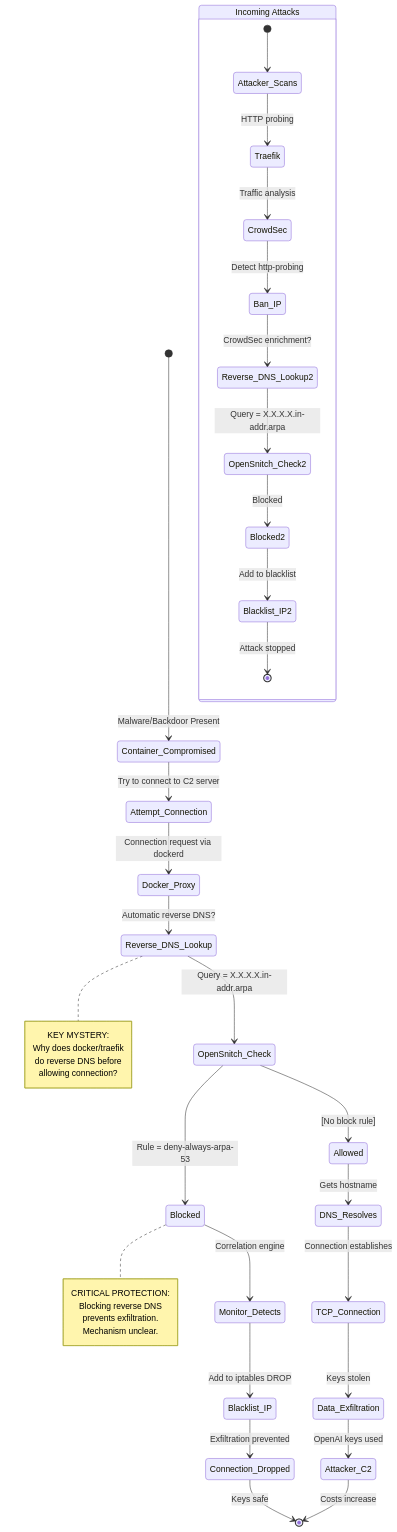
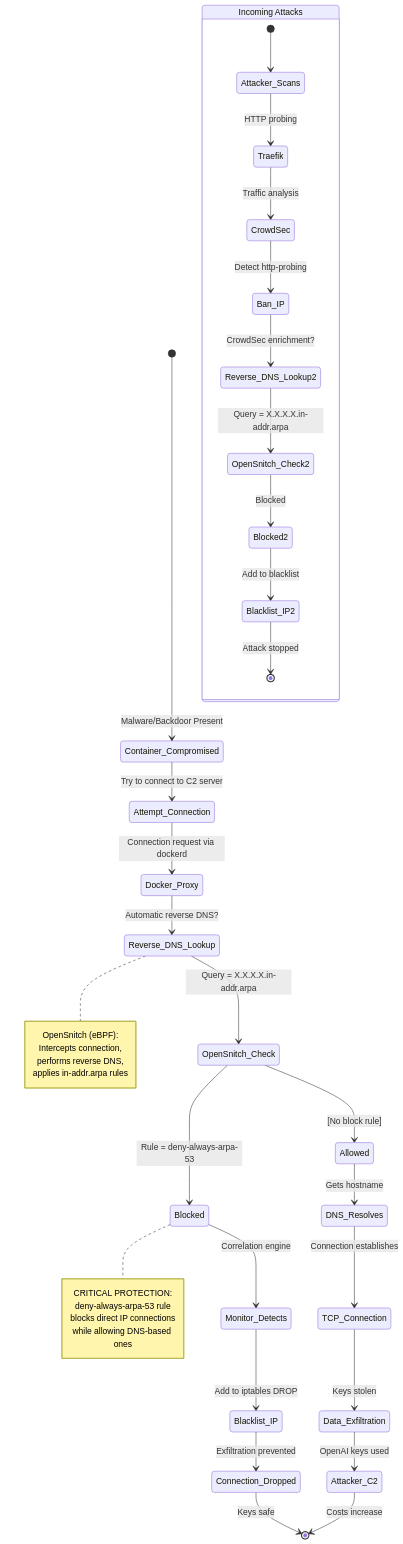
The diagram in docs/security.md (Morriz/itsUP), drawn with Mermaid before and after one commit. The commit also changed other lines of this file and 4 other files, not shown here.

````diff
--- a/docs/security.md
+++ b/docs/security.md
@@ -203,52 +204,52 @@
 ```mermaid
 stateDiagram-v2
     [*] --> Container_Compromised: Malware/Backdoor Present
 
     Container_Compromised --> Attempt_Connection: Try to connect to C2 server
 
     Attempt_Connection --> Docker_Proxy: Connection request via dockerd
 
     Docker_Proxy --> Reverse_DNS_Lookup: Automatic reverse DNS?
 
     Reverse_DNS_Lookup --> OpenSnitch_Check: Query = X.X.X.X.in-addr.arpa
 
     OpenSnitch_Check --> Blocked: Rule = deny-always-arpa-53
     OpenSnitch_Check --> Allowed: [No block rule]
 
     Blocked --> Monitor_Detects: Correlation engine
     Monitor_Detects --> Blacklist_IP: Add to iptables DROP
     Blacklist_IP --> Connection_Dropped: Exfiltration prevented
     Connection_Dropped --> [*]: Keys safe
 
     Allowed --> DNS_Resolves: Gets hostname
     DNS_Resolves --> TCP_Connection: Connection establishes
     TCP_Connection --> Data_Exfiltration: Keys stolen
     Data_Exfiltration --> Attacker_C2: OpenAI keys used
     Attacker_C2 --> [*]: Costs increase
 
     state "Incoming Attacks" as Incoming {
         [*] --> Attacker_Scans
         Attacker_Scans --> Traefik: HTTP probing
         Traefik --> CrowdSec: Traffic analysis
         CrowdSec --> Ban_IP: Detect http-probing
         Ban_IP --> Reverse_DNS_Lookup2: CrowdSec enrichment?
         Reverse_DNS_Lookup2 --> OpenSnitch_Check2: Query = X.X.X.X.in-addr.arpa
         OpenSnitch_Check2 --> Blocked2: Blocked
         Blocked2 --> Blacklist_IP2: Add to blacklist
         Blacklist_IP2 --> [*]: Attack stopped
     }
 
     note right of Reverse_DNS_Lookup
-        KEY MYSTERY:
-        Why does docker/traefik
-        do reverse DNS before
-        allowing connection?
+        OpenSnitch (eBPF):
+        Intercepts connection,
+        performs reverse DNS,
+        applies in-addr.arpa rules
     end note
 
     note right of Blocked
         CRITICAL PROTECTION:
-        Blocking reverse DNS
-        prevents exfiltration.
-        Mechanism unclear.
+        deny-always-arpa-53 rule
+        blocks direct IP connections
+        while allowing DNS-based ones
     end note
 ```
````
